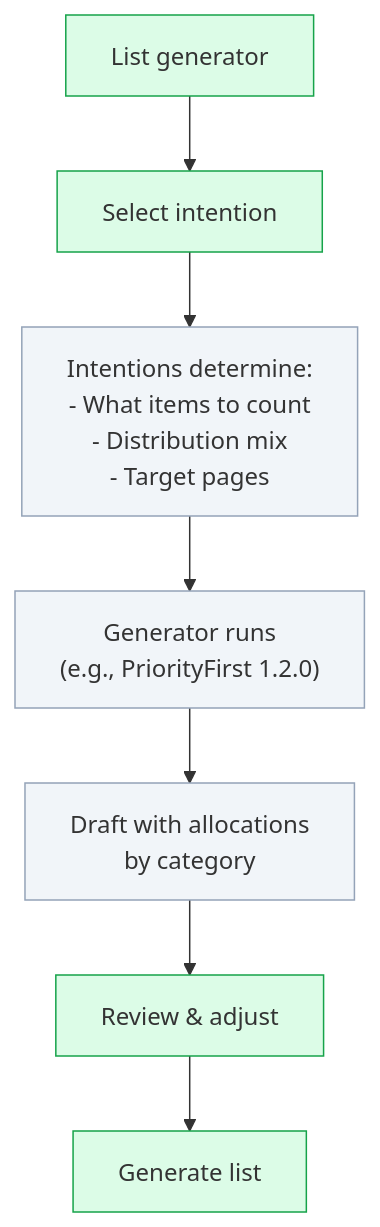
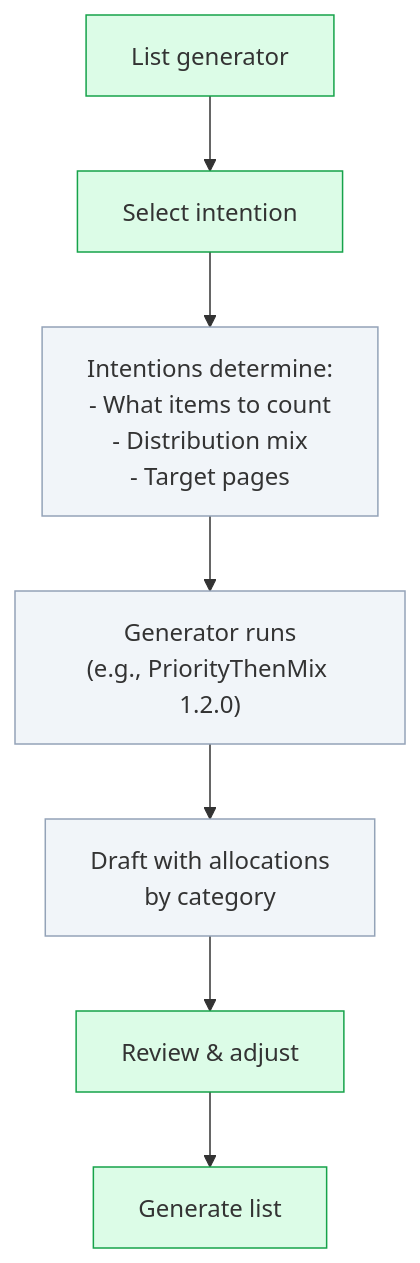
One commit to moravianlibrary/vera changed the second of 6 diagrams in docs/user-journey/digitization.md. Above: the diagram before and after it, drawn with Mermaid. The commit also changed 2 other files, not shown here.

Commit message:
docs(develop): add production profile and plugin catalog

````diff
--- a/docs/user-journey/digitization.md
+++ b/docs/user-journey/digitization.md
@@ -44,16 +44,16 @@
 ```mermaid
 flowchart TD
     classDef st fill:#dbeafe,stroke:#2563eb
     classDef sys fill:#f1f5f9,stroke:#94a3b8
     classDef user fill:#dcfce7,stroke:#16a34a
 
     A["List generator"] --> B["Select intention"]:::user
     B --> C["Intentions determine:<br/>- What items to count<br/>- Distribution mix<br/>- Target pages"]:::sys
-    C --> D["Generator runs<br/>(e.g., PriorityFirst 1.2.0)"]:::sys
+    C --> D["Generator runs<br/>(e.g., PriorityThenMix 1.2.0)"]:::sys
     D --> E["Draft with allocations<br/>by category"]:::sys
 
     E --> F["Review & adjust"]:::user
     F --> G["Generate list"]:::user
 
     class A,B,F,G user
 ```
````
